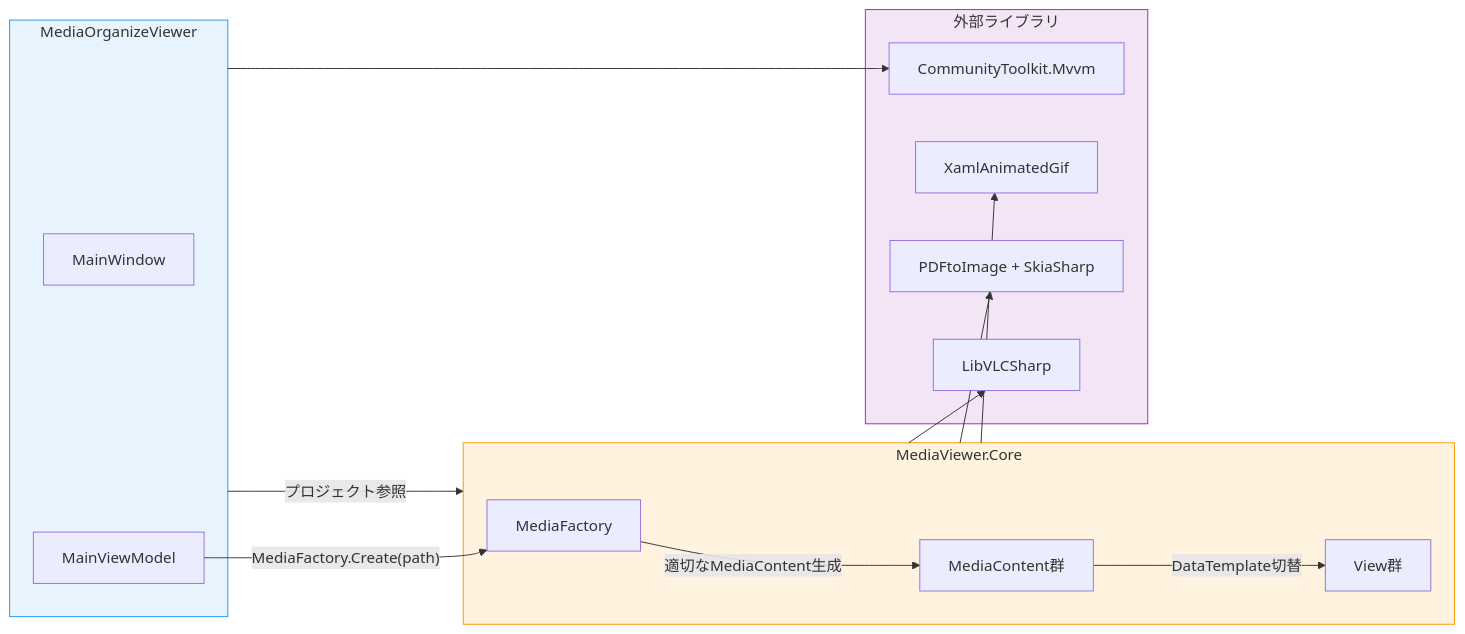
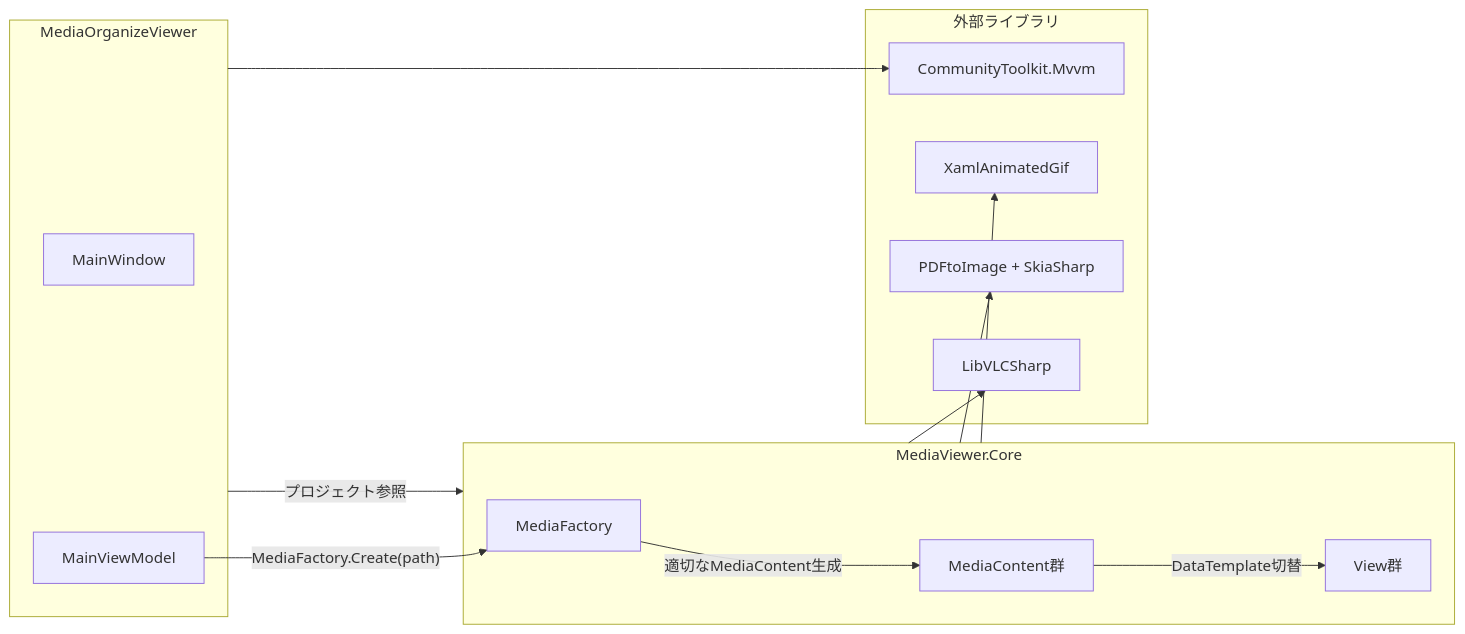
One commit to coelacanth9/MediaOrganizeViewer changed the fifth of 6 diagrams in docs/class-diagram.md. Above: the diagram before and after it, drawn with Mermaid. The commit also changed other lines of this file, not shown here.

Commit message:
設計書Mermaid図のカスタムカラーを除去しダークモード対応

````diff
--- a/docs/class-diagram.md
+++ b/docs/class-diagram.md
@@ -347,34 +344,30 @@
 ```mermaid
 graph LR
     subgraph 外部ライブラリ
         CT[CommunityToolkit.Mvvm]
         VLC[LibVLCSharp]
         PDF[PDFtoImage + SkiaSharp]
         GIF[XamlAnimatedGif]
     end
 
     subgraph MainApp ["MediaOrganizeViewer"]
         MW2[MainWindow]
         MVM2[MainViewModel]
     end
 
     subgraph Core ["MediaViewer.Core"]
         MF2[MediaFactory]
         MC2[MediaContent群]
         Views[View群]
     end
 
     MainApp -->|プロジェクト参照| Core
     MainApp --> CT
     Core --> VLC
     Core --> PDF
     Core --> GIF
 
     MVM2 -->|"MediaFactory.Create(path)"| MF2
     MF2 -->|"適切なMediaContent生成"| MC2
     MC2 -->|"DataTemplate切替"| Views
-
-    style MainApp fill:#e8f4fd,stroke:#2196f3
-    style Core fill:#fff3e0,stroke:#ff9800
-    style 外部ライブラリ fill:#f3e5f5,stroke:#9c27b0
 ```
````
